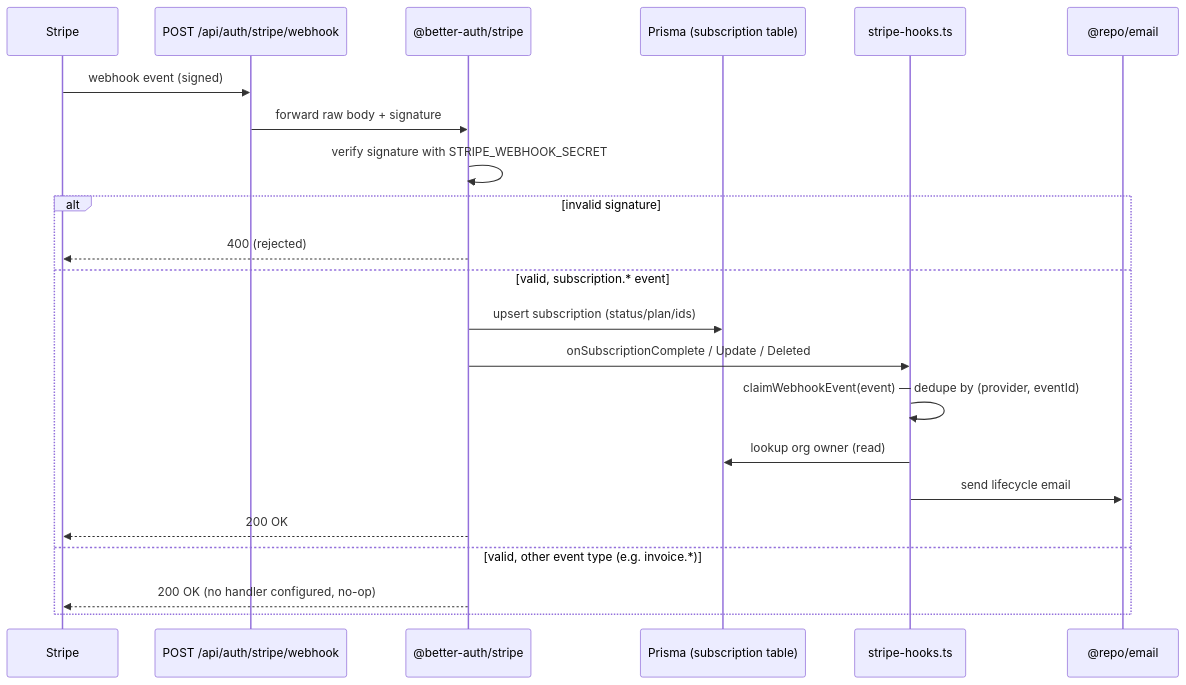
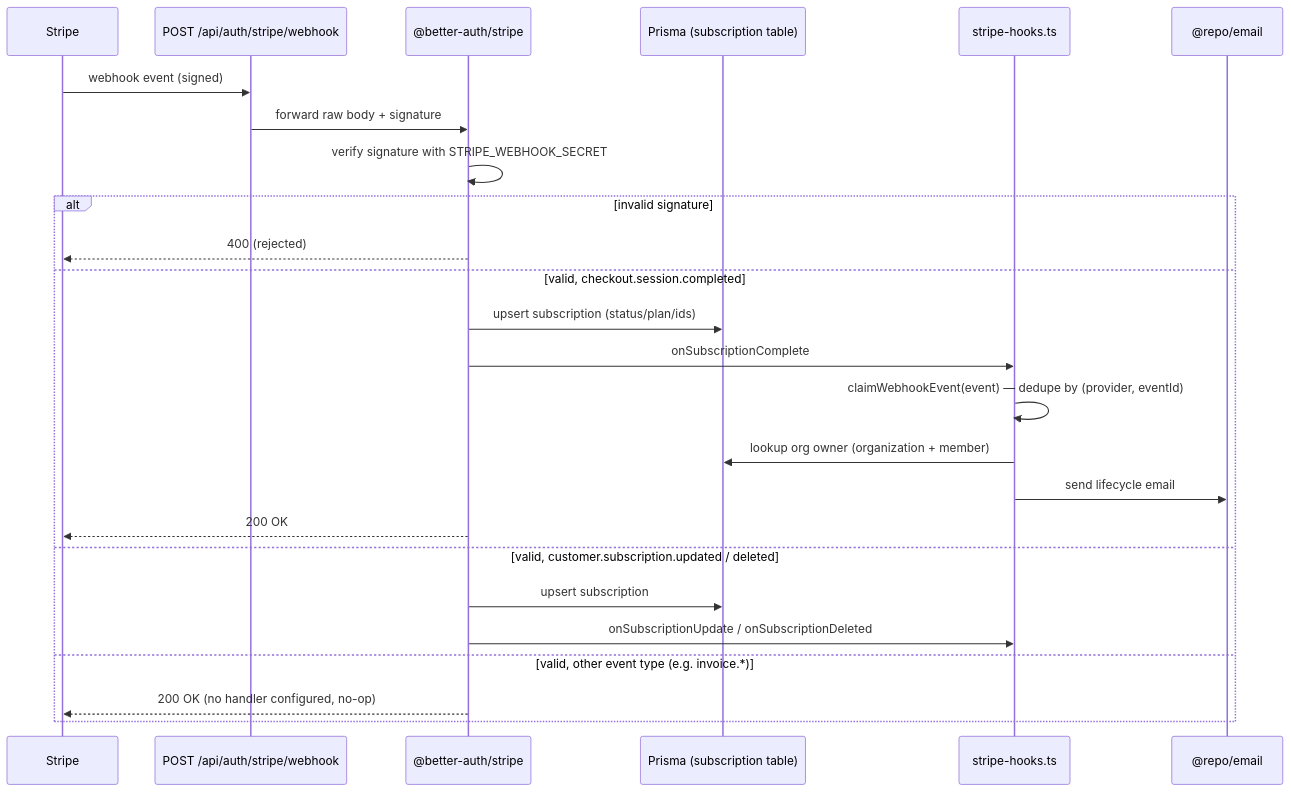
The diagram in docs/content/docs/payment/webhooks.mdx (saasprokit-com/saasprokit), drawn with Mermaid before and after one commit. The commit also changed other lines of this file and 22 other files, not shown here.

````diff
--- a/docs/content/docs/payment/webhooks.mdx
+++ b/docs/content/docs/payment/webhooks.mdx
@@ -53,25 +61,28 @@
 ```mermaid
 sequenceDiagram
     participant Stripe
     participant Endpoint as POST /api/auth/stripe/webhook
     participant Plugin as @better-auth/stripe
     participant DB as Prisma (subscription table)
     participant Hooks as stripe-hooks.ts
     participant Email as @repo/email
 
     Stripe->>Endpoint: webhook event (signed)
     Endpoint->>Plugin: forward raw body + signature
     Plugin->>Plugin: verify signature with STRIPE_WEBHOOK_SECRET
     alt invalid signature
         Plugin-->>Stripe: 400 (rejected)
-    else valid, subscription.* event
+    else valid, checkout.session.completed
         Plugin->>DB: upsert subscription (status/plan/ids)
-        Plugin->>Hooks: onSubscriptionComplete / Update / Deleted
+        Plugin->>Hooks: onSubscriptionComplete
         Hooks->>Hooks: claimWebhookEvent(event) — dedupe by (provider, eventId)
-        Hooks->>DB: lookup org owner (read)
+        Hooks->>DB: lookup org owner (organization + member)
         Hooks->>Email: send lifecycle email
         Plugin-->>Stripe: 200 OK
+    else valid, customer.subscription.updated / deleted
+        Plugin->>DB: upsert subscription
+        Plugin->>Hooks: onSubscriptionUpdate / onSubscriptionDeleted
     else valid, other event type (e.g. invoice.*)
         Plugin-->>Stripe: 200 OK (no handler configured, no-op)
     end
 ```
````
